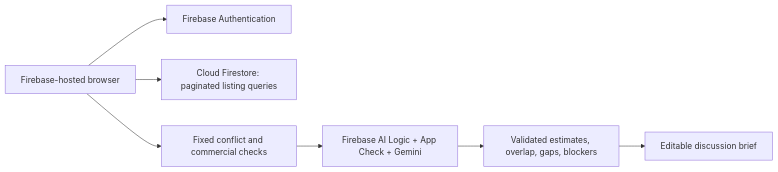
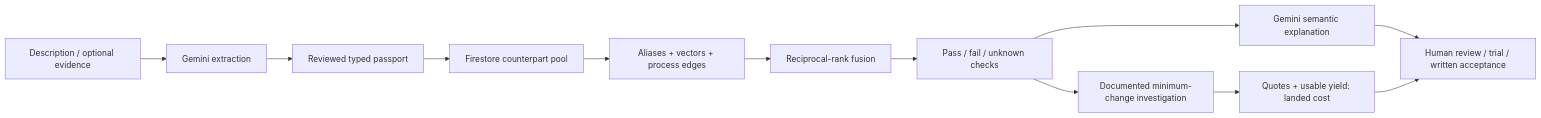
One commit to anshuman542018/wasterecast changed the diagram in EXCHANGE.md. Above: the diagram before and after it, drawn with Mermaid. The commit also changed other lines of this file and 33 other files, not shown here.

Commit message:
Add evidence-based acceptance checks and hybrid material retrieval

````diff
--- a/EXCHANGE.md
+++ b/EXCHANGE.md
@@ -25,9 +21,14 @@
 ```mermaid
 flowchart LR
-    U[Firebase-hosted browser] --> A[Firebase Authentication]
-    U --> F[Cloud Firestore: paginated listing queries]
-    U --> C[Fixed conflict and commercial checks]
-    C --> G[Firebase AI Logic + App Check + Gemini]
-    G --> R[Validated estimates, overlap, gaps, blockers]
-    R --> D[Editable discussion brief]
+    A[Description / optional evidence] --> B[Gemini extraction]
+    B --> C[Reviewed typed passport]
+    C --> D[Firestore counterpart pool]
+    D --> E[Aliases + vectors + process edges]
+    E --> F[Reciprocal-rank fusion]
+    F --> G[Pass / fail / unknown checks]
+    G --> H[Documented minimum-change investigation]
+    G --> I[Gemini semantic explanation]
+    H --> J[Quotes + usable yield: landed cost]
+    I --> K[Human review / trial / written acceptance]
+    J --> K
 ```
````
